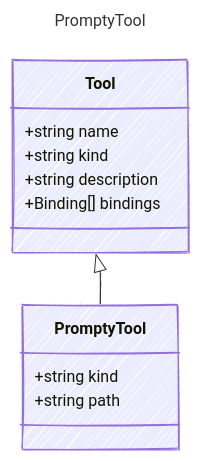
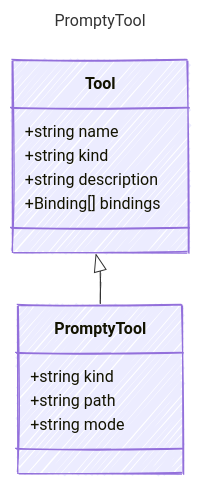
One commit to microsoft/prompty changed the diagram in web/src/content/docs/reference/PromptyTool.md. Above: the diagram before and after it, drawn with Mermaid. The commit also changed other lines of this file and 41 other files, not shown here.

````diff
--- a/web/src/content/docs/reference/PromptyTool.md
+++ b/web/src/content/docs/reference/PromptyTool.md
@@ -17,23 +15,24 @@
 ```mermaid
 ---
 title: PromptyTool
 config:
   look: handDrawn
   theme: colorful
   class:
     hideEmptyMembersBox: true
 ---
 classDiagram
     class Tool {
         +string name
         +string kind
         +string description
         +Binding[] bindings
     }
     Tool <|-- PromptyTool
     class PromptyTool {
       
         +string kind
         +string path
+        +string mode
     }
 ```
````
